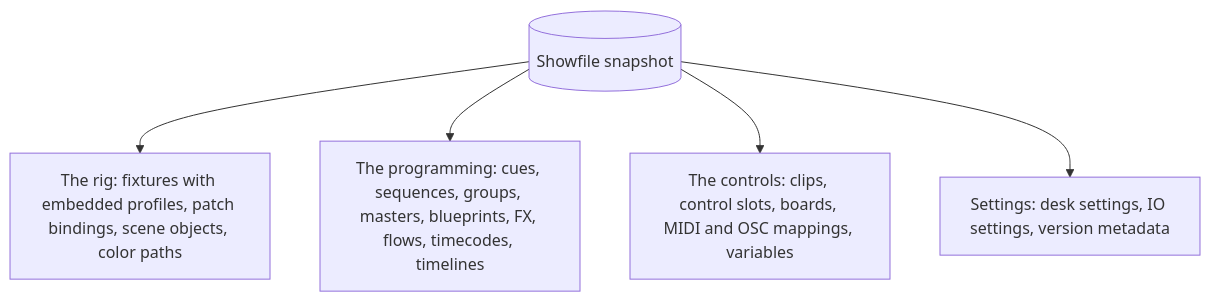
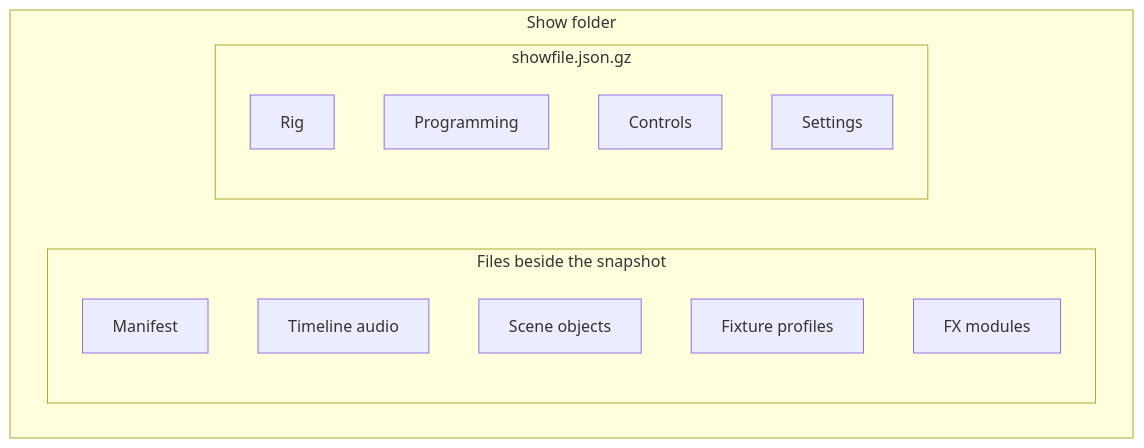
One commit to stewartadam/nightfall-lightdesk changed the first of 4 diagrams in docs/internal/src/architecture/showfiles.md. Above: the diagram before and after it, drawn with Mermaid. The commit also changed other lines of this file, not shown here.

Commit message:
docs(developer-guide): draw the parts of a showfile
Replace the wordy showfile contents diagram, which repeated the text,
with one that shows the show folder's parts: the JSON snapshot with its
rig, programming, controls, and settings, and the manifest, timeline
audio, scene objects, fixture profiles, and FX modules beside it. A
table now lists what each snapshot group holds.

Claude-Session: https://claude.ai/code/session_01WysrN7jPtoEmNNATAsmJfh

````diff
--- a/docs/internal/src/architecture/showfiles.md
+++ b/docs/internal/src/architecture/showfiles.md
@@ -16,14 +16,20 @@
 ```mermaid
 flowchart TB
-  accTitle: What a showfile contains
-  accDescr: One showfile snapshot holds four groups. The rig holds fixtures with their profiles, patch bindings, scene objects, and color paths. The programming holds cues, sequences, groups, masters, blueprints, FX, flows, timecodes, and timelines. The controls hold clips, control slots, boards, MIDI and OSC mappings, and variables. Settings hold desk settings, IO settings, and metadata.
-  snapshot[(Showfile snapshot)]
-  rig[The rig: fixtures with embedded profiles, patch bindings, scene objects, color paths]
-  programming[The programming: cues, sequences, groups, masters, blueprints, FX, flows, timecodes, timelines]
-  controls[The controls: clips, control slots, boards, MIDI and OSC mappings, variables]
-  settings[Settings: desk settings, IO settings, version metadata]
-  snapshot --> rig
-  snapshot --> programming
-  snapshot --> controls
-  snapshot --> settings
+  accTitle: Parts of a showfile
+  accDescr: A show folder holds the JSON snapshot, a manifest, timeline audio, scene objects, and optionally packaged fixture profiles and FX modules. The snapshot holds the rig, the programming, the controls, and the settings.
+  subgraph folder[Show folder]
+    subgraph files[Files beside the snapshot]
+      manifest[Manifest]
+      audio[Timeline audio]
+      objects[Scene objects]
+      profiles[Fixture profiles]
+      modules[FX modules]
+    end
+    subgraph snapshot[showfile.json.gz]
+      rig[Rig]
+      programming[Programming]
+      controls[Controls]
+      settings[Settings]
+    end
+  end
 ```
````
